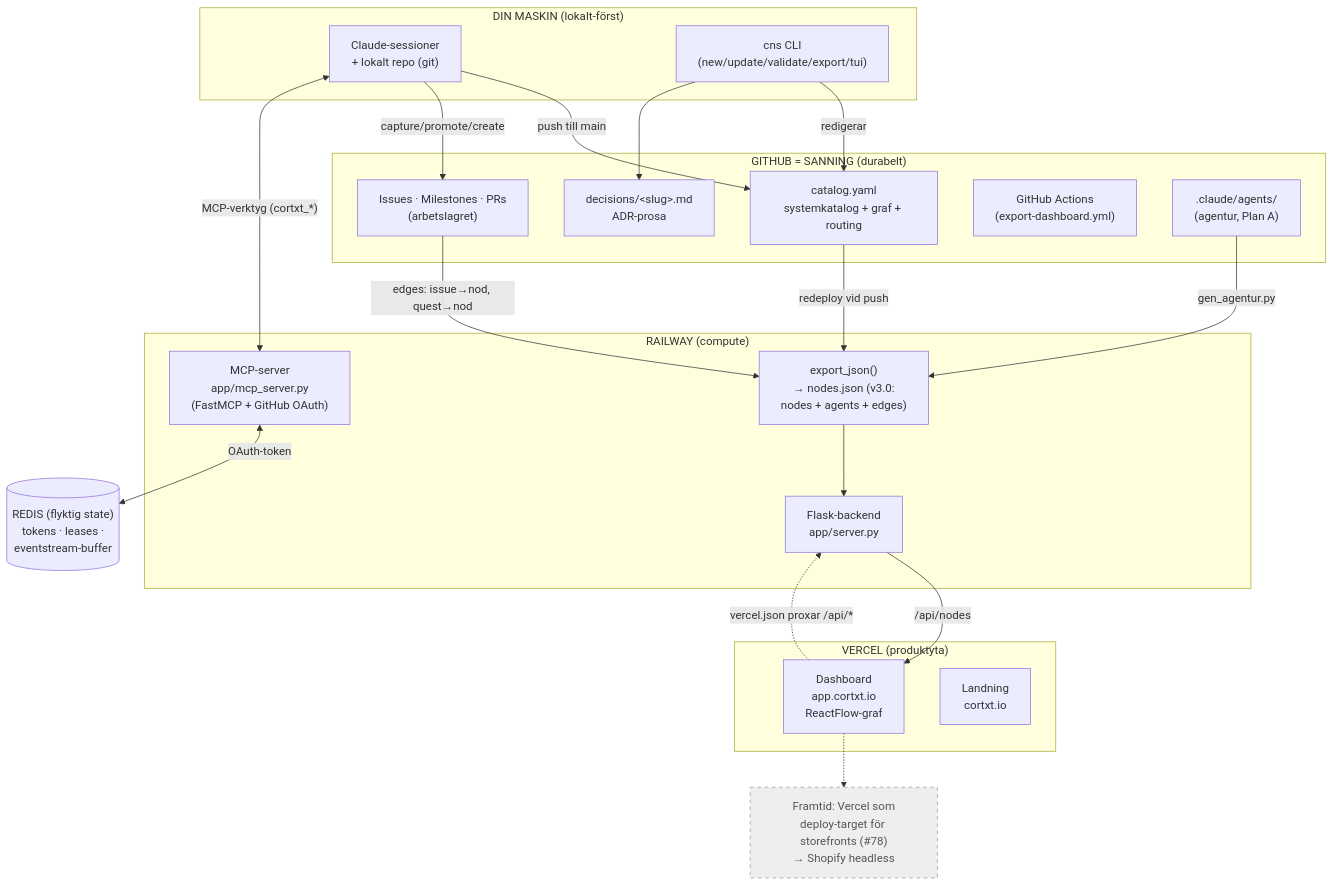
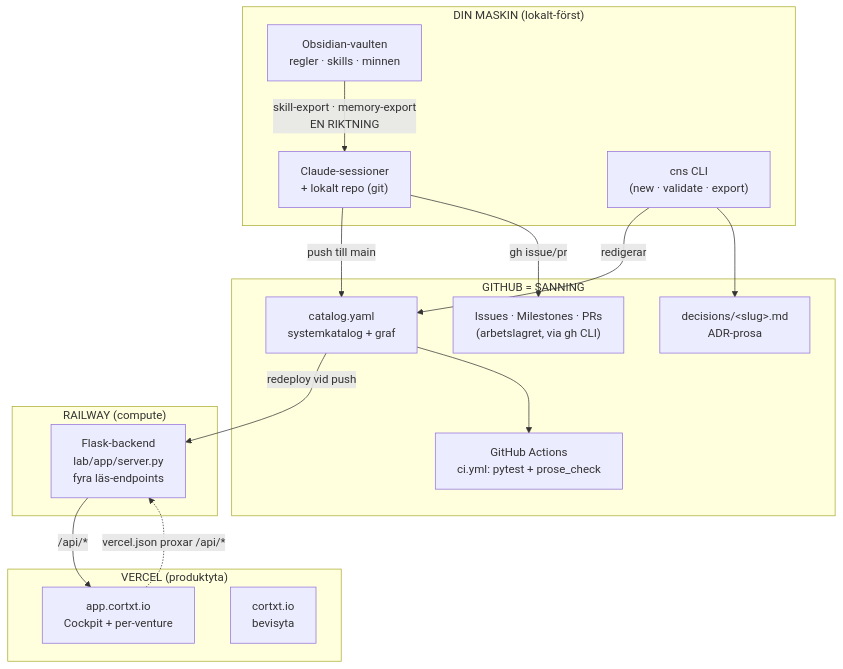
The first of 3 diagrams in ORIENTERING.md (Cortxt-io/Project-CNS), drawn with Mermaid before and after one commit. The commit also changed other lines of this file and 388 other files, not shown here.

````diff
--- a/ORIENTERING.md
+++ b/ORIENTERING.md
@@ -16,46 +17,34 @@
 ```mermaid
 flowchart TB
     subgraph LOCAL["DIN MASKIN (lokalt-först)"]
         DEV["Claude-sessioner<br/>+ lokalt repo (git)"]
-        CLI["cns CLI<br/>(new/update/validate/export/tui)"]
+        CLI["cns CLI<br/>(new · validate · export)"]
+        VAULT["Obsidian-vaulten<br/>regler · skills · minnen"]
     end
 
-    subgraph GH["GITHUB = SANNING (durabelt)"]
-        CAT["catalog.yaml<br/>systemkatalog + graf + routing"]
+    subgraph GH["GITHUB = SANNING"]
+        CAT["catalog.yaml<br/>systemkatalog + graf"]
         DEC["decisions/&lt;slug&gt;.md<br/>ADR-prosa"]
-        WORK["Issues · Milestones · PRs<br/>(arbetslagret)"]
-        ACT["GitHub Actions<br/>(export-dashboard.yml)"]
-        AGENTS[".claude/agents/<br/>(agentur, Plan A)"]
+        WORK["Issues · Milestones · PRs<br/>(arbetslagret, via gh CLI)"]
+        CI["GitHub Actions<br/>ci.yml: pytest + prose_check"]
     end
 
     subgraph RAILWAY["RAILWAY (compute)"]
-        FLASK["Flask-backend<br/>app/server.py"]
-        MCP["MCP-server<br/>app/mcp_server.py<br/>(FastMCP + GitHub OAuth)"]
-        EXPORT["export_json()<br/>→ nodes.json (v3.0:<br/>nodes + agents + edges)"]
+        FLASK["Flask-backend<br/>lab/app/server.py<br/>fyra läs-endpoints"]
     end
 
-    REDIS[("REDIS (flyktig state)<br/>tokens · leases ·<br/>eventstream-buffer")]
-
     subgraph VERCEL["VERCEL (produktyta)"]
-        DASH["Dashboard<br/>app.cortxt.io<br/>ReactFlow-graf"]
-        LAND["Landning<br/>cortxt.io"]
+        APP["app.cortxt.io<br/>Cockpit + per-venture"]
+        LAND["cortxt.io<br/>bevisyta"]
     end
-
-    FUTURE["Framtid: Vercel som<br/>deploy-target för storefronts (#78)<br/>→ Shopify headless"]:::future
 
     DEV -->|"push till main"| CAT
     CLI -->|"redigerar"| CAT
     CLI --> DEC
-    DEV -->|"capture/promote/create"| WORK
-    CAT -->|"redeploy vid push"| EXPORT
-    AGENTS -->|"gen_agentur.py"| EXPORT
-    WORK -->|"edges: issue→nod, quest→nod"| EXPORT
-    EXPORT --> FLASK
-    MCP <-->|"OAuth-token"| REDIS
-    DEV <-->|"MCP-verktyg (cortxt_*)"| MCP
-    FLASK -->|"/api/nodes"| DASH
-    DASH -.->|"vercel.json proxar /api/*"| FLASK
-    DASH -.-> FUTURE
-
-    classDef future fill:#eee,stroke:#999,stroke-dasharray: 5 5,color:#555;
+    DEV -->|"gh issue/pr"| WORK
+    VAULT -->|"skill-export · memory-export<br/>EN RIKTNING"| DEV
+    CAT -->|"redeploy vid push"| FLASK
+    CAT --> CI
+    FLASK -->|"/api/*"| APP
+    APP -.->|"vercel.json proxar /api/*"| FLASK
 ```
````
